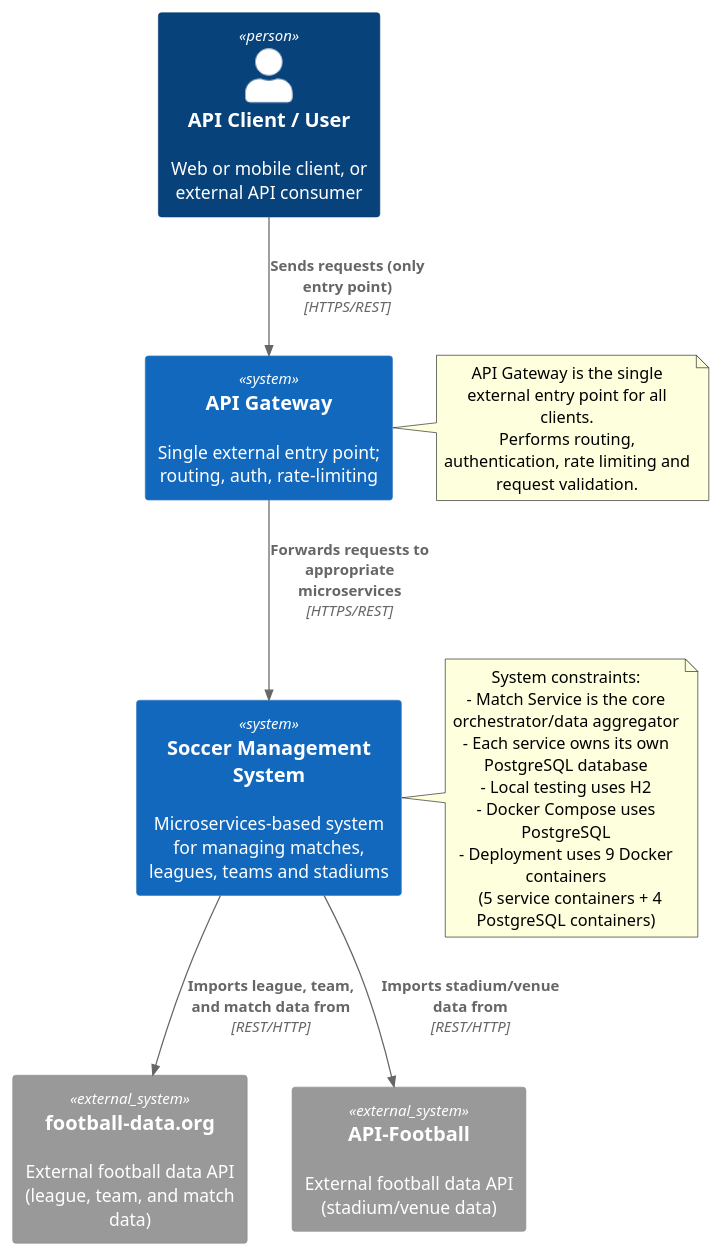
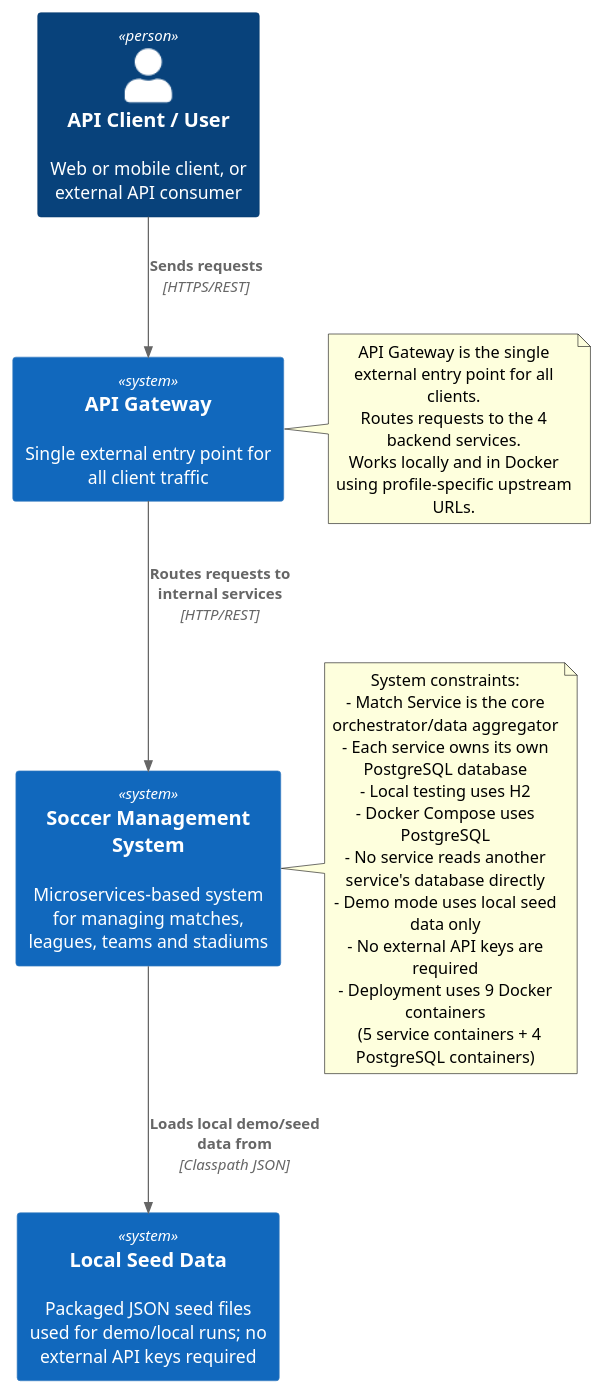
The diagram in Documents/diagrams/c4-level1-system-context.puml (AarushP06/soccer-management-system), drawn with PlantUML before and after one commit. The commit also changed 3 other files, not shown here.

```diff
--- a/Documents/diagrams/c4-level1-system-context.puml
+++ b/Documents/diagrams/c4-level1-system-context.puml
@@ -1,31 +1,32 @@
 @startuml
 !includeurl https://raw.githubusercontent.com/plantuml-stdlib/C4-PlantUML/master/C4_Context.puml
 
 Person(apiUser, "API Client / User", "Web or mobile client, or external API consumer")
-System(apiGateway, "API Gateway", "Single external entry point; routing, auth, rate-limiting")
 System(soccer, "Soccer Management System", "Microservices-based system for managing matches, leagues, teams and stadiums")
+System(apiGateway, "API Gateway", "Single external entry point for all client traffic")
+System(seedData, "Local Seed Data", "Packaged JSON seed files used for demo/local runs; no external API keys required")
 
-System_Ext(fd_org, "football-data.org", "External football data API (league, team, and match data)")
-System_Ext(api_football, "API-Football", "External football data API (stadium/venue data)")
-
-Rel(apiUser, apiGateway, "Sends requests (only entry point)", "HTTPS/REST")
-Rel(apiGateway, soccer, "Forwards requests to appropriate microservices", "HTTPS/REST")
-Rel(soccer, fd_org, "Imports league, team, and match data from", "REST/HTTP")
-Rel(soccer, api_football, "Imports stadium/venue data from", "REST/HTTP")
+Rel(apiUser, apiGateway, "Sends requests", "HTTPS/REST")
+Rel(apiGateway, soccer, "Routes requests to internal services", "HTTP/REST")
+Rel(soccer, seedData, "Loads local demo/seed data from", "Classpath JSON")
 
 note right of apiGateway
 API Gateway is the single external entry point for all clients.
-Performs routing, authentication, rate limiting and request validation.
+Routes requests to the 4 backend services.
+Works locally and in Docker using profile-specific upstream URLs.
 end note
 
 note right of soccer
 System constraints:
 - Match Service is the core orchestrator/data aggregator
 - Each service owns its own PostgreSQL database
 - Local testing uses H2
 - Docker Compose uses PostgreSQL
+- No service reads another service's database directly
+- Demo mode uses local seed data only
+- No external API keys are required
 - Deployment uses 9 Docker containers
   (5 service containers + 4 PostgreSQL containers)
 end note
 
 @enduml
```
